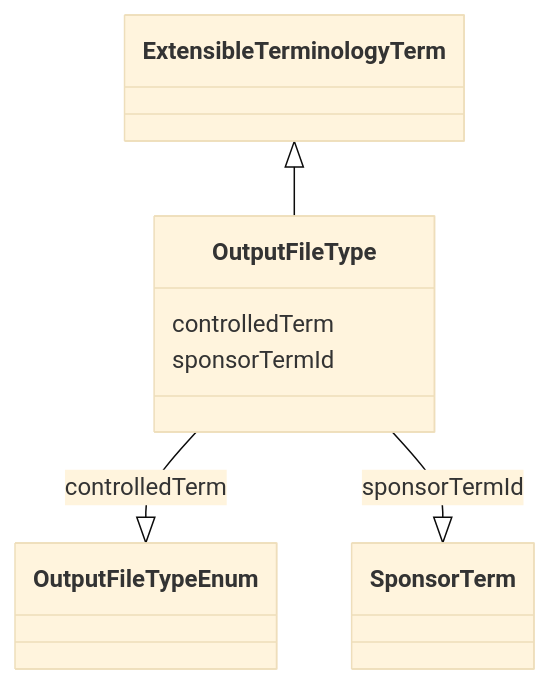
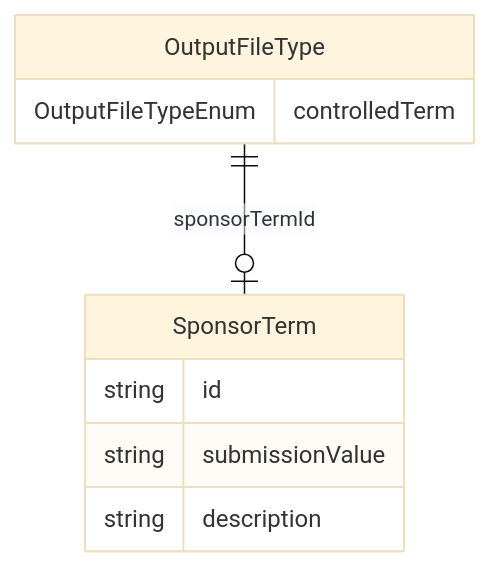
Before and after one commit to cdisc-org/analysis-results-standard: the diagram in project/docs/OutputFileType.md, drawn with Mermaid (base theme). The commit also changed 131 other files, not shown here.

Commit message:
Add top-level diagram to documentation

````diff
--- a/project/docs/OutputFileType.md
+++ b/project/docs/OutputFileType.md
@@ -14,15 +13,14 @@
 ```mermaid
- classDiagram
-    class OutputFileType
-      ExtensibleTerminologyTerm <|-- OutputFileType
-      
-      OutputFileType : controlledTerm
-        
-          OutputFileType --|> OutputFileTypeEnum : controlledTerm
-        
-      OutputFileType : sponsorTermId
-        
-          OutputFileType --|> SponsorTerm : sponsorTermId
-        
-      
+erDiagram
+OutputFileType {
+    OutputFileTypeEnum controlledTerm  
+}
+SponsorTerm {
+    string id  
+    string submissionValue  
+    string description  
+}
+
+OutputFileType ||--|o SponsorTerm : "sponsorTermId"
+
 ```
````
